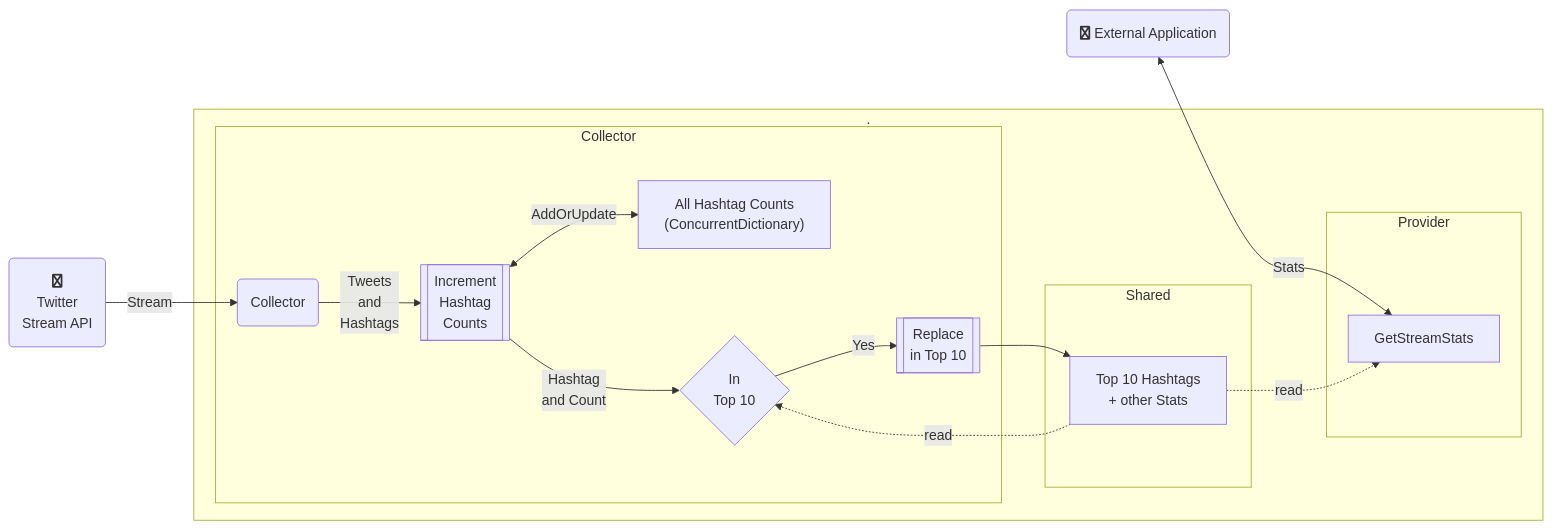
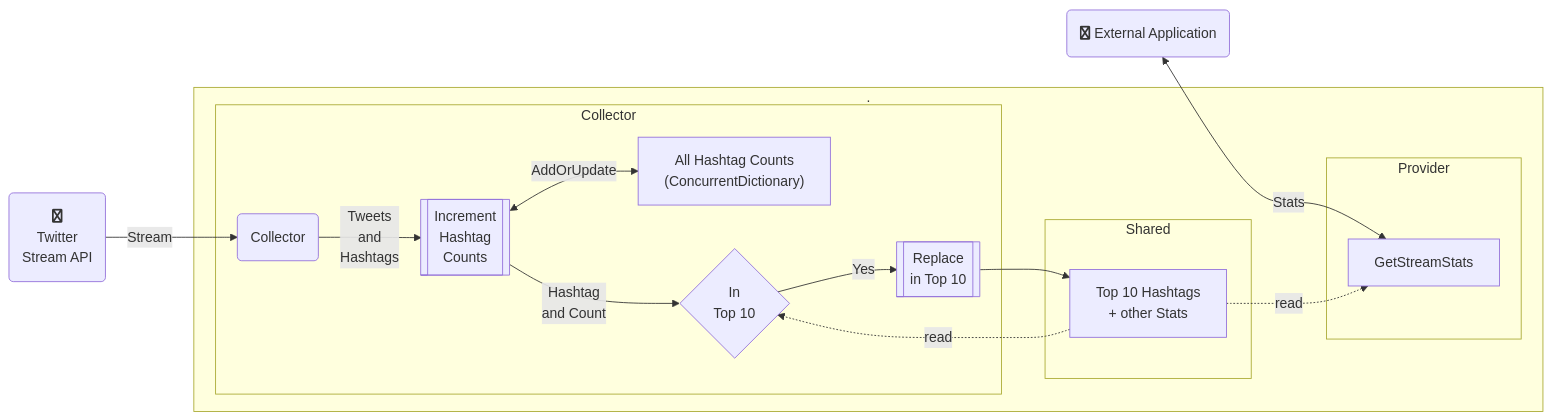
Before and after one commit to judcole/TMCodeChallenge: the third of 4 diagrams in README.md, drawn with Mermaid. The commit also changed other lines of this file, not shown here.

````diff
--- a/README.md
+++ b/README.md
@@ -52,22 +134,21 @@
 ```mermaid
-%%{init: {'theme': 'default', "flowchart" : { "diagramPadding": "8", "nodeSpacing": "100", "rankSpacing": "50" } } }%%
 flowchart LR
   A("fa:fa-chrome External Application") <-->|Stats| PA
   B("fa:fa-twitter \nTwitter\nStream API") -->|Stream| CA
   subgraph SampledStreamCollector [.]
     subgraph Shared
       SA[Top 10 Hashtags\n+ other Stats]
     end
     subgraph Collector
       CA(Collector) -->|Tweets\nand\nHashtags| CB[[Increment\nHashtag\nCounts]]
       CB <-->|AddOrUpdate| BA["All Hashtag Counts\n(ConcurrentDictionary)"]
       CB -->|Hashtag\n and Count| CC{In\nTop 10}
       CC -->|Yes| CD[[Replace\nin Top 10]]
       CD --> SA
       SA -.->|read| CC
     end
     subgraph Provider
       SA -.->|read| PA[GetStreamStats]
     end
   end
 ```
````
